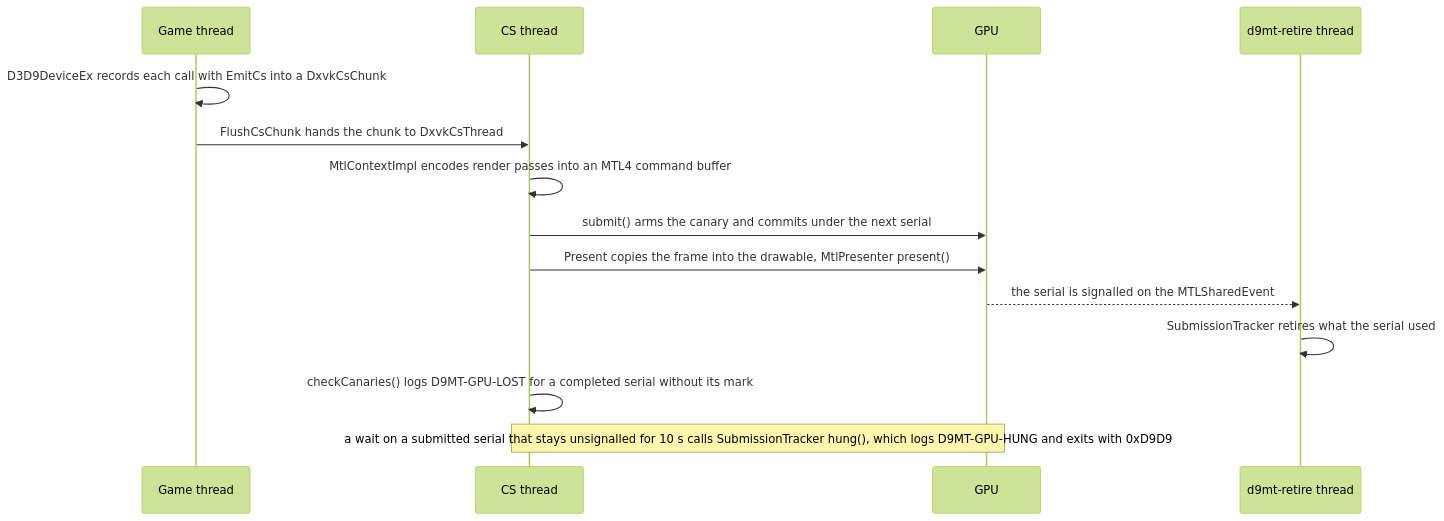
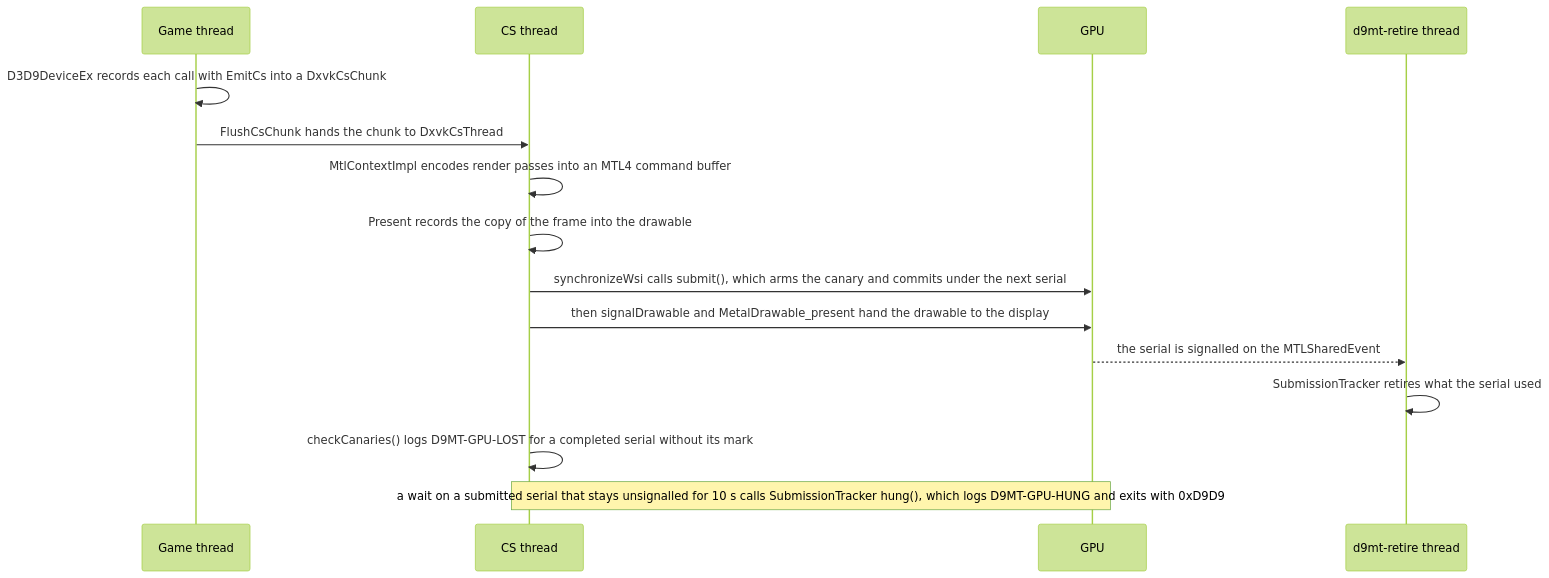
The second of 2 diagrams in README.md (jdrly/d9mt), drawn with Mermaid (forest theme) before and after one commit.

Commit message:
README: Record the drawable copy before the present's submit in the frame diagram

````diff
--- a/README.md
+++ b/README.md
@@ -134,16 +134,17 @@
 ```mermaid
 sequenceDiagram
   participant game as Game thread
   participant cs as CS thread
   participant gpu as GPU
   participant ret as d9mt-retire thread
   game->>game: D3D9DeviceEx records each call with EmitCs into a DxvkCsChunk
   game->>cs: FlushCsChunk hands the chunk to DxvkCsThread
   cs->>cs: MtlContextImpl encodes render passes into an MTL4 command buffer
-  cs->>gpu: submit() arms the canary and commits under the next serial
-  cs->>gpu: Present copies the frame into the drawable, MtlPresenter present()
+  cs->>cs: Present records the copy of the frame into the drawable
+  cs->>gpu: synchronizeWsi calls submit(), which arms the canary and commits under the next serial
+  cs->>gpu: then signalDrawable and MetalDrawable_present hand the drawable to the display
   gpu-->>ret: the serial is signalled on the MTLSharedEvent
   ret->>ret: SubmissionTracker retires what the serial used
   cs->>cs: checkCanaries() logs D9MT-GPU-LOST for a completed serial without its mark
   Note over cs,gpu: a wait on a submitted serial that stays unsignalled for 10 s calls SubmissionTracker hung(), which logs D9MT-GPU-HUNG and exits with 0xD9D9
 ```
````
